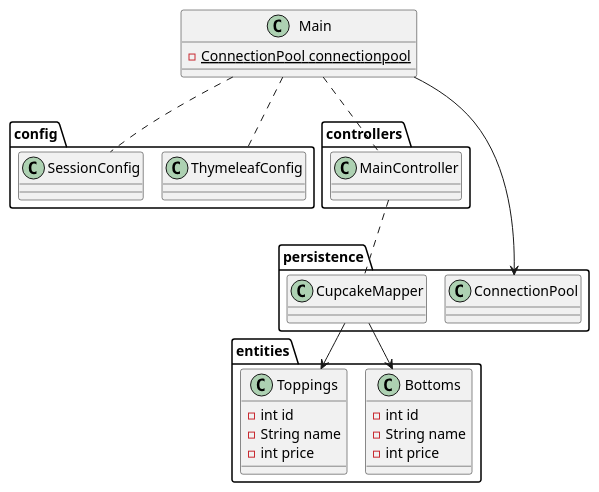
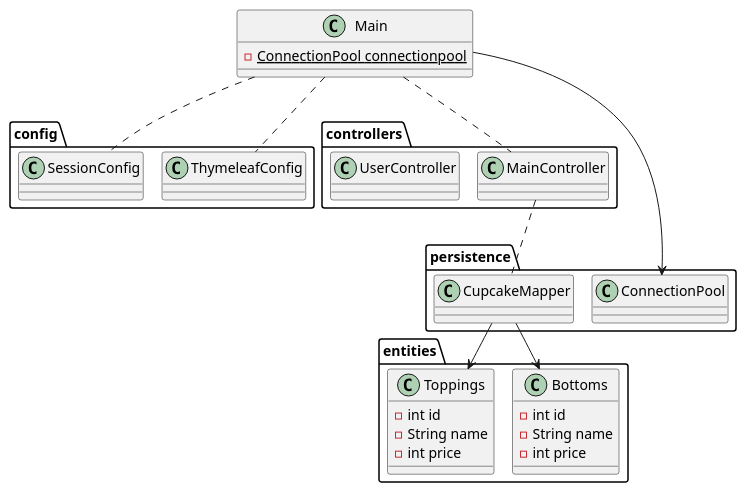
One commit to AlteredProject/cupcakeProject changed the diagram in data/classDiagram.puml. Above: the diagram before and after it, drawn with PlantUML.

Commit message:
added classDiagram V1.1

```diff
--- a/data/classDiagram.puml
+++ b/data/classDiagram.puml
@@ -1,50 +1,52 @@
 @startuml
 !pragma layout smetana
 
 class Main{
         - {static} ConnectionPool connectionpool
     }
 
     package config {
         class SessionConfig {
         }
         class ThymeleafConfig {
         }
     }
     package controllers {
         class MainController {
+        }
+        class UserController {
         }
     }
     package entities {
         class Bottoms {
             - int id
             - String name
             - int price
         }
         class Toppings {
             - int id
             - String name
             - int price
         }
     }
     package persistence {
         class ConnectionPool {
         }
         class CupcakeMapper {
         }
     }
 
 
 '--- Relations ---'
 Main --> ConnectionPool
 Main --. MainController
 Main --. SessionConfig
 Main --. ThymeleafConfig
 
 MainController --. CupcakeMapper
 
 CupcakeMapper --> Bottoms
 CupcakeMapper --> Toppings
 
 
 @enduml
```
